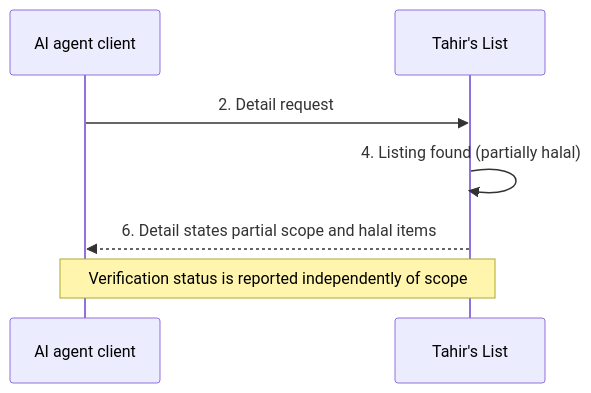
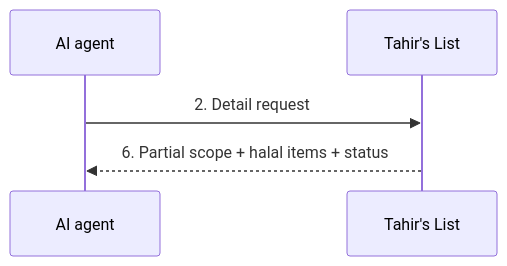
Before and after one commit to Losers-Lab/tahirs-list: the third of 5 diagrams in docs/features/SC-209/04-blackbox/UC-02-view-restaurant.md, drawn with Mermaid. The commit also changed other lines of this file and 10 other files, not shown here.

Commit message:
[SC-209] Retrofit design to diagram-first standard

````diff
--- a/docs/features/SC-209/04-blackbox/UC-02-view-restaurant.md
+++ b/docs/features/SC-209/04-blackbox/UC-02-view-restaurant.md
@@ -44,10 +33,7 @@
 ```mermaid
 sequenceDiagram
-    participant AG as AI agent client
+    participant AG as AI agent
     participant TL as Tahir's List
-
     AG->>TL: 2. Detail request
-    TL->>TL: 4. Listing found (partially halal)
-    TL-->>AG: 6. Detail states partial scope and halal items
-    Note over AG,TL: Verification status is reported independently of scope
+    TL-->>AG: 6. Partial scope + halal items + status
 ```
````
